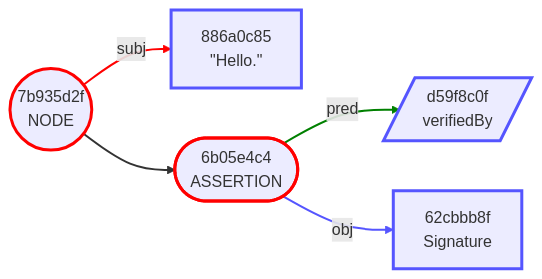
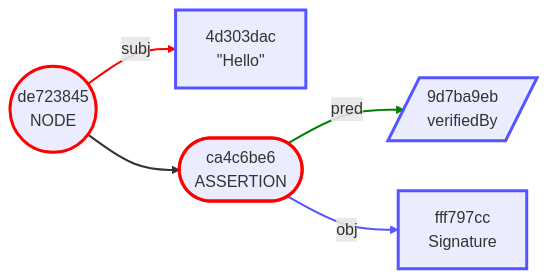
Before and after one commit to BlockchainCommons/Gordian: the third of 26 diagrams in Envelope/OutputFormats.md, drawn with Mermaid. The commit also changed other lines of this file and 6 other files, not shown here.

````diff
--- a/Envelope/OutputFormats.md
+++ b/Envelope/OutputFormats.md
@@ -90,21 +113,21 @@
 ```mermaid
 graph LR
-    1(("7b935d2f<br/>NODE"))
-    2["886a0c85<br/>#quot;Hello.#quot;"]
-    3(["6b05e4c4<br/>ASSERTION"])
-    4[/"d59f8c0f<br/>verifiedBy"/]
-    5["62cbbb8f<br/>Signature"]
+    1(("de723845<br/>NODE"))
+    2["4d303dac<br/>#quot;Hello#quot;"]
+    3(["ca4c6be6<br/>ASSERTION"])
+    4[/"9d7ba9eb<br/>verifiedBy"/]
+    5["fff797cc<br/>Signature"]
     1 -->|subj| 2
     1 --> 3
     3 -->|pred| 4
     3 -->|obj| 5
     style 1 stroke:red,stroke-width:3.0px
     style 2 stroke:#55f,stroke-width:3.0px
     style 3 stroke:red,stroke-width:3.0px
     style 4 stroke:#55f,stroke-width:3.0px
     style 5 stroke:#55f,stroke-width:3.0px
     linkStyle 0 stroke:red,stroke-width:2.0px
     linkStyle 1 stroke-width:2.0px
     linkStyle 2 stroke:green,stroke-width:2.0px
     linkStyle 3 stroke:#55f,stroke-width:2.0px
 ```
````
